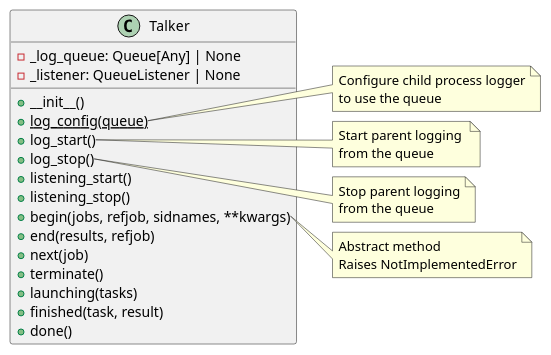
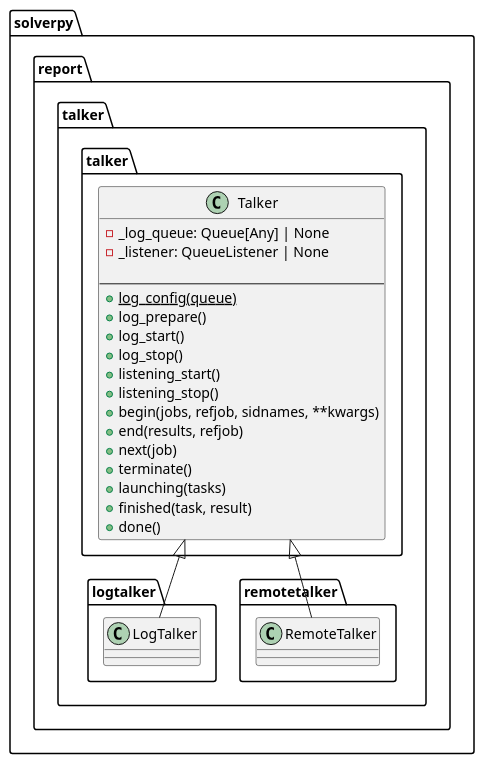
One commit to cbboyan/solverpy changed the diagram in dia/task-talker.puml. Above: the diagram before and after it, drawn with PlantUML. The commit also changed 234 other files, not shown here.

```diff
--- a/dia/task-talker.puml
+++ b/dia/task-talker.puml
@@ -2,44 +2,25 @@
 @startuml
 skinparam backgroundColor transparent
 
+class solverpy.report.talker.talker.Talker {
+   - _log_queue: Queue[Any] | None
+   - _listener: QueueListener | None
 
-class Talker {
-  - _log_queue: Queue[Any] | None
-  - _listener: QueueListener | None
-
-  + __init__()
-  + {static} log_config(queue)
-  + log_start()
-  + log_stop()
-  + listening_start()
-  + listening_stop()
-  + begin(jobs, refjob, sidnames, **kwargs)
-  + end(results, refjob)
-  + next(job)
-  + terminate()
-  + launching(tasks)
-  + finished(task, result)
-  + done()
+   --
+   + {static} log_config(queue)
+   + log_prepare()
+   + log_start()
+   + log_stop()
+   + listening_start()
+   + listening_stop()
+   + begin(jobs, refjob, sidnames, **kwargs)
+   + end(results, refjob)
+   + next(job)
+   + terminate()
+   + launching(tasks)
+   + finished(task, result)
+   + done()
 }
-
-note right of Talker::log_config
-  Configure child process logger
-  to use the queue
-end note
-
-note right of Talker::log_start
-  Start parent logging 
-  from the queue
-end note
-
-note right of Talker::log_stop
-  Stop parent logging
-  from the queue
-end note
-
-note right of Talker::begin
-  Abstract method
-  Raises NotImplementedError
-end note
-
+class solverpy.report.talker.logtalker.LogTalker extends solverpy.report.talker.talker.Talker
+class solverpy.report.talker.remotetalker.RemoteTalker extends solverpy.report.talker.talker.Talker
 @enduml
```
